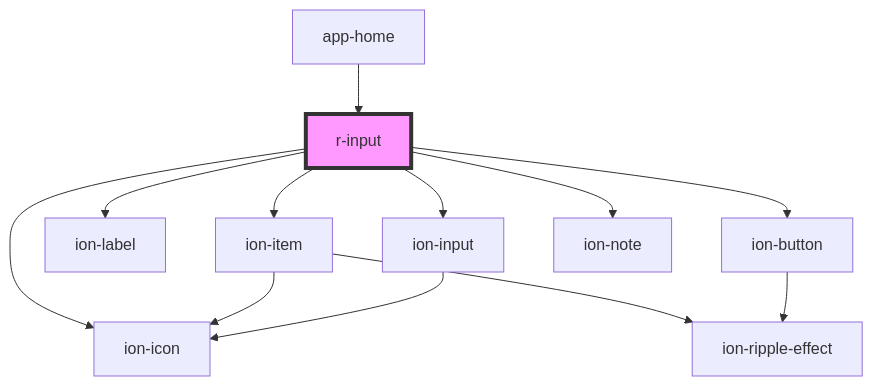
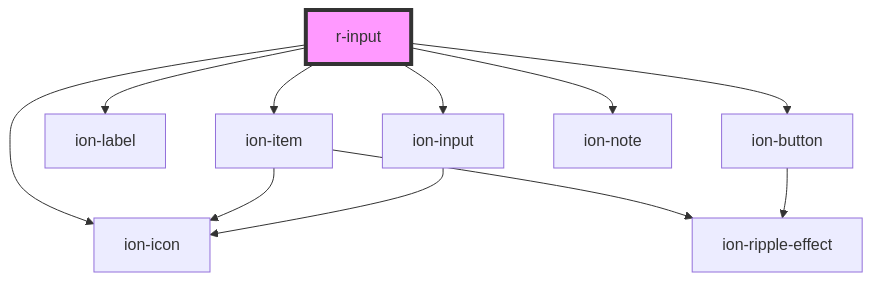
One commit to refactico/design-system changed the diagram in src/components/r-input/readme.md. Above: the diagram before and after it, drawn with Mermaid. The commit also changed other lines of this file and 27 other files, not shown here.

First line of the commit message:
chore: update component dependencies and documentation for app-home

````diff
--- a/src/components/r-input/readme.md
+++ b/src/components/r-input/readme.md
@@ -59,15 +55,14 @@
 ```mermaid
 graph TD;
   r-input --> ion-item
   r-input --> ion-label
   r-input --> ion-input
   r-input --> ion-button
   r-input --> ion-icon
   r-input --> ion-note
   ion-item --> ion-icon
   ion-item --> ion-ripple-effect
   ion-input --> ion-icon
   ion-button --> ion-ripple-effect
-  app-home --> r-input
   style r-input fill:#f9f,stroke:#333,stroke-width:4px
 ```
````
